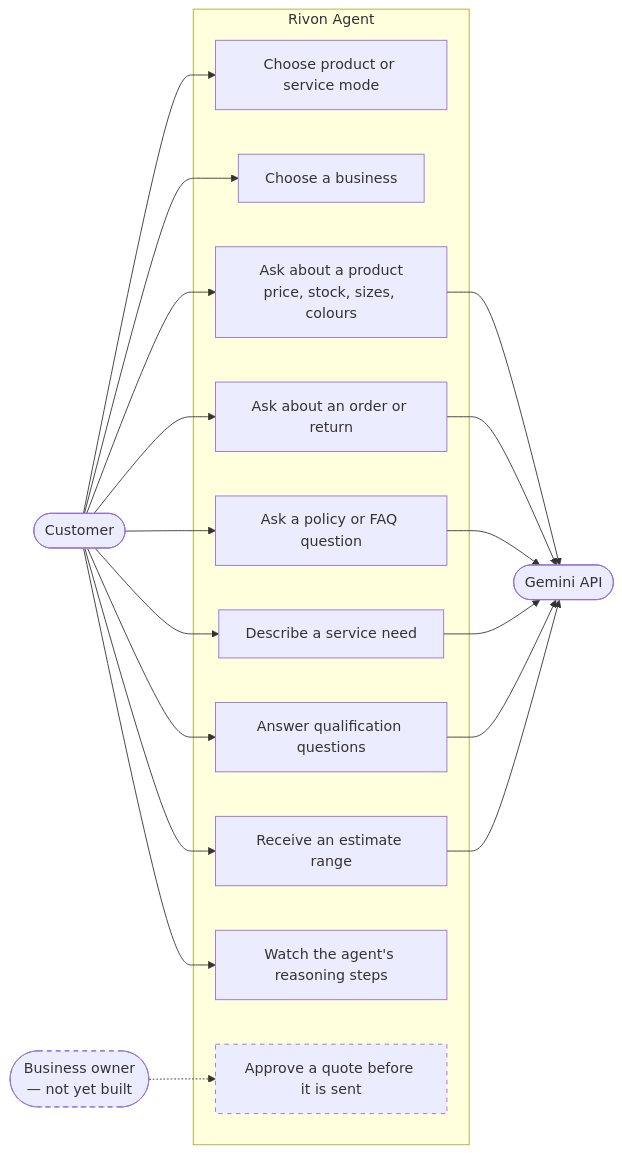
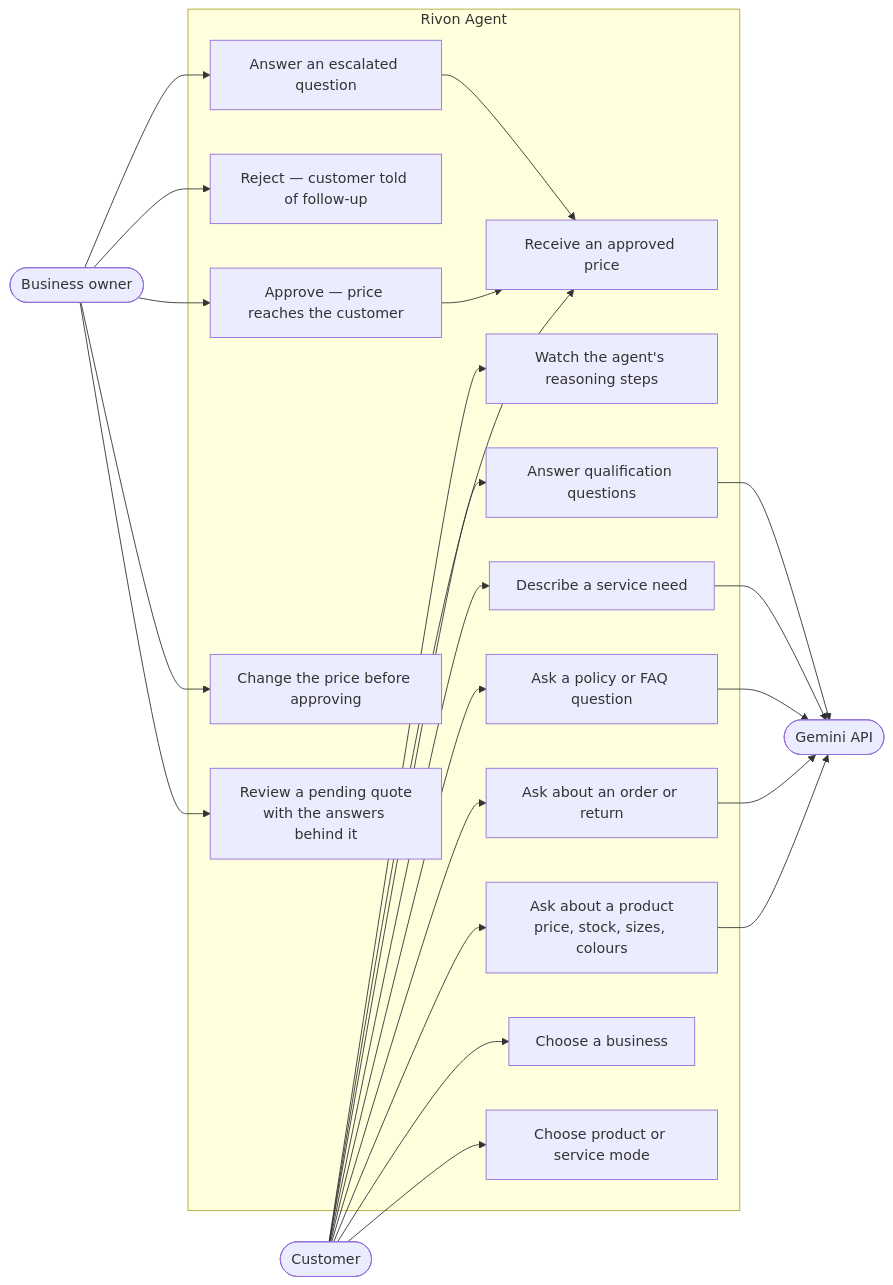
The third of 5 diagrams in IMPLEMENTATION.md (syedd176/rivon-agent), drawn with Mermaid before and after one commit. The commit also changed other lines of this file, not shown here.

First line of the commit message:
Document the owner approval loop

````diff
--- a/IMPLEMENTATION.md
+++ b/IMPLEMENTATION.md
@@ -256,41 +332,49 @@
 ```mermaid
 flowchart LR
     CUST(["Customer"])
-    OWNER(["Business owner<br/>— not yet built"])
+    OWNER(["Business owner"])
     GEMINI(["Gemini API"])
 
     subgraph sys["Rivon Agent"]
         U1["Choose product or service mode"]
         U2["Choose a business"]
         U3["Ask about a product<br/>price, stock, sizes, colours"]
         U4["Ask about an order or return"]
         U5["Ask a policy or FAQ question"]
         U6["Describe a service need"]
         U7["Answer qualification questions"]
-        U8["Receive an estimate range"]
+        U8["Receive an approved price"]
         U9["Watch the agent's reasoning steps"]
-        U10["Approve a quote before it is sent"]
+
+        O1["Review a pending quote<br/>with the answers behind it"]
+        O2["Change the price before approving"]
+        O3["Approve — price reaches the customer"]
+        O4["Reject — customer told of follow-up"]
+        O5["Answer an escalated question"]
     end
 
     CUST --> U1
     CUST --> U2
     CUST --> U3
     CUST --> U4
     CUST --> U5
     CUST --> U6
     CUST --> U7
     CUST --> U8
     CUST --> U9
 
-    OWNER -.-> U10
+    OWNER --> O1
+    OWNER --> O2
+    OWNER --> O3
+    OWNER --> O4
+    OWNER --> O5
+
+    O3 --> U8
+    O5 --> U8
 
     U3 --> GEMINI
     U4 --> GEMINI
     U5 --> GEMINI
     U6 --> GEMINI
     U7 --> GEMINI
-    U8 --> GEMINI
-
-    style U10 stroke-dasharray: 5 5
-    style OWNER stroke-dasharray: 5 5
 ```
````
